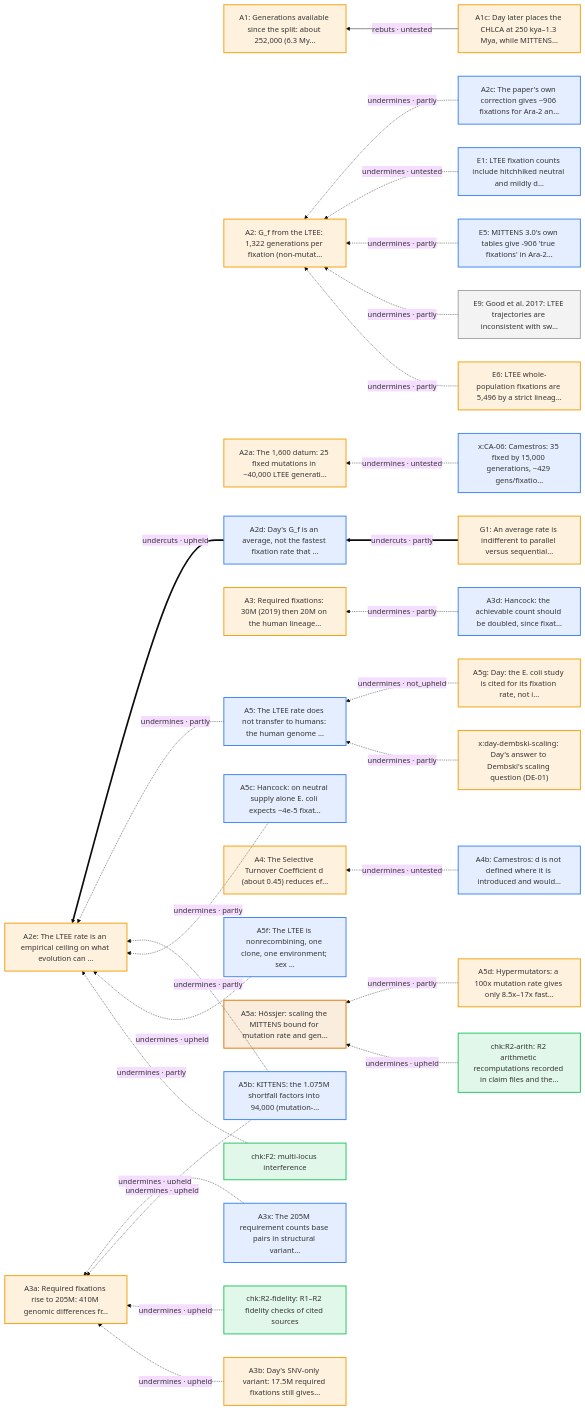
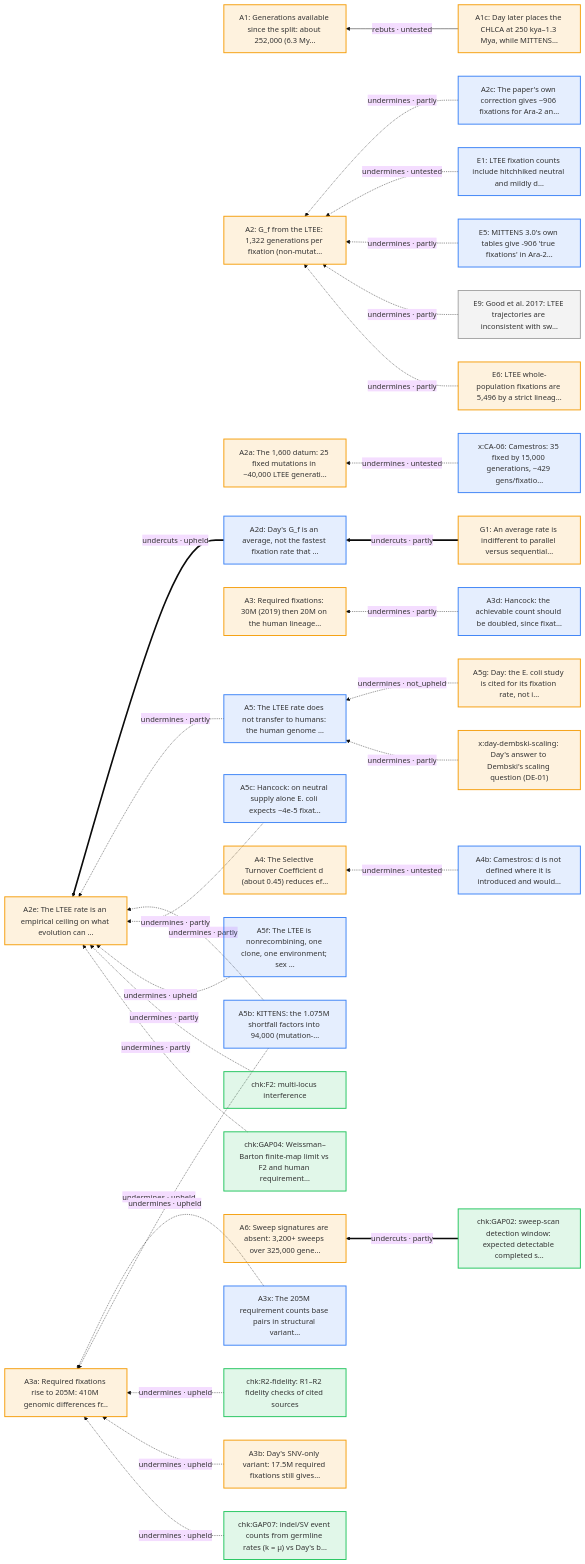
The first of 15 diagrams in docs/arguments/defeaters.md (nickallevato/evo-sim), drawn with Mermaid (base theme) before and after one commit. The commit also changed other lines of this file and 37 other files, not shown here.

First line of the commit message:
R4 GAP-04/07/02: finite-map cap, indel/SV event counts, sweep window (review #6)

````diff
--- a/docs/arguments/defeaters.md
+++ b/docs/arguments/defeaters.md
@@ -15,63 +15,65 @@
 ```mermaid
 flowchart RL
   classDef day fill:#f59e0b22,stroke:#f59e0b,stroke-width:2px
   classDef ally fill:#d9770622,stroke:#d97706,stroke-width:2px
   classDef critic fill:#3b82f622,stroke:#3b82f6,stroke-width:2px
   classDef literature fill:#a3a3a322,stroke:#a3a3a3,stroke-width:2px
   classDef audit fill:#22c55e22,stroke:#22c55e,stroke-width:2px
   A1["A1: Generations available since the split: about 252,000 (6.3 My…"]:::day
   A1c["A1c: Day later places the CHLCA at 250 kya–1.3 Mya, while MITTENS…"]:::day
   A2["A2: G_f from the LTEE: 1,322 generations per fixation (non-mutat…"]:::day
   A2a["A2a: The 1,600 datum: 25 fixed mutations in ~40,000 LTEE generati…"]:::day
   A2c["A2c: The paper's own correction gives −906 fixations for Ara-2 an…"]:::critic
   A2d["A2d: Day's G_f is an average, not the fastest fixation rate that …"]:::critic
   A2e["A2e: The LTEE rate is an empirical ceiling on what evolution can …"]:::day
   A3["A3: Required fixations: 30M (2019) then 20M on the human lineage…"]:::day
   A3a["A3a: Required fixations rise to 205M: 410M genomic differences fr…"]:::day
   A3b["A3b: Day's SNV-only variant: 17.5M required fixations still gives…"]:::day
   A3d["A3d: Hancock: the achievable count should be doubled, since fixat…"]:::critic
   A3x["A3x: The 205M requirement counts base pairs in structural variant…"]:::critic
   A4["A4: The Selective Turnover Coefficient d (about 0.45) reduces ef…"]:::day
   A4b["A4b: Camestros: d is not defined where it is introduced and would…"]:::critic
   A5["A5: The LTEE rate does not transfer to humans: the human genome …"]:::critic
-  A5a["A5a: Hössjer: scaling the MITTENS bound for mutation rate and gen…"]:::ally
   A5b["A5b: KITTENS: the 1.075M shortfall factors into 94,000 (mutation-…"]:::critic
   A5c["A5c: Hancock: on neutral supply alone E. coli expects ~4e-5 fixat…"]:::critic
-  A5d["A5d: Hypermutators: a 100x mutation rate gives only 8.5x–17x fast…"]:::day
   A5f["A5f: The LTEE is nonrecombining, one clone, one environment; sex …"]:::critic
   A5g["A5g: Day: the E. coli study is cited for its fixation rate, not i…"]:::day
+  A6["A6: Sweep signatures are absent: 3,200+ sweeps over 325,000 gene…"]:::day
   E1["E1: LTEE fixation counts include hitchhiked neutral and mildly d…"]:::critic
   E5["E5: MITTENS 3.0's own tables give -906 'true fixations' in Ara-2…"]:::critic
   E6["E6: LTEE whole-population fixations are 5,496 by a strict lineag…"]:::day
   E9["E9: Good et al. 2017: LTEE trajectories are inconsistent with sw…"]:::literature
   G1["G1: An average rate is indifferent to parallel versus sequential…"]:::day
   chk_F2["chk:F2: multi-locus interference"]:::audit
-  chk_R2_arith["chk:R2-arith: R2 arithmetic recomputations recorded in claim files and the…"]:::audit
+  chk_GAP02["chk:GAP02: sweep-scan detection window: expected detectable completed s…"]:::audit
+  chk_GAP04["chk:GAP04: Weissman–Barton finite-map limit vs F2 and human requirement…"]:::audit
+  chk_GAP07["chk:GAP07: indel/SV event counts from germline rates (k = μ) vs Day's b…"]:::audit
   chk_R2_fidelity["chk:R2-fidelity: R1–R2 fidelity checks of cited sources"]:::audit
   x_CA_06["x:CA-06: Camestros: 35 fixed by 15,000 generations, ~429 gens/fixatio…"]:::critic
   x_day_dembski_scaling["x:day-dembski-scaling: Day's answer to Dembski's scaling question (DE-01)"]:::day
   A1c -->|"rebuts · untested"| A1
   A2c -.->|"undermines · partly"| A2
   E1 -.->|"undermines · untested"| A2
   E5 -.->|"undermines · partly"| A2
   E9 -.->|"undermines · partly"| A2
   E6 -.->|"undermines · partly"| A2
   A2d ==>|"undercuts · upheld"| A2e
   A5 -.->|"undermines · partly"| A2e
   A5b -.->|"undermines · partly"| A2e
   A5c -.->|"undermines · partly"| A2e
   A5f -.->|"undermines · upheld"| A2e
   chk_F2 -.->|"undermines · partly"| A2e
+  chk_GAP04 -.->|"undermines · partly"| A2e
   A3d -.->|"undermines · partly"| A3
   A4b -.->|"undermines · untested"| A4
+  chk_GAP02 ==>|"undercuts · partly"| A6
   x_CA_06 -.->|"undermines · untested"| A2a
   G1 ==>|"undercuts · partly"| A2d
   A5g -.->|"undermines · not_upheld"| A5
   x_day_dembski_scaling -.->|"undermines · partly"| A5
   A3x -.->|"undermines · upheld"| A3a
   A5b -.->|"undermines · upheld"| A3a
   chk_R2_fidelity -.->|"undermines · upheld"| A3a
   A3b -.->|"undermines · upheld"| A3a
-  A5d -.->|"undermines · partly"| A5a
-  chk_R2_arith -.->|"undermines · upheld"| A5a
+  chk_GAP07 -.->|"undermines · upheld"| A3a
 ```
````
